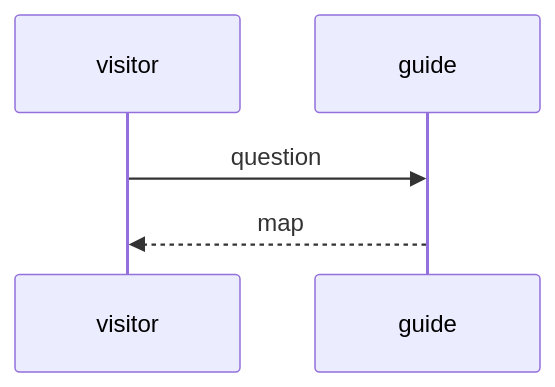
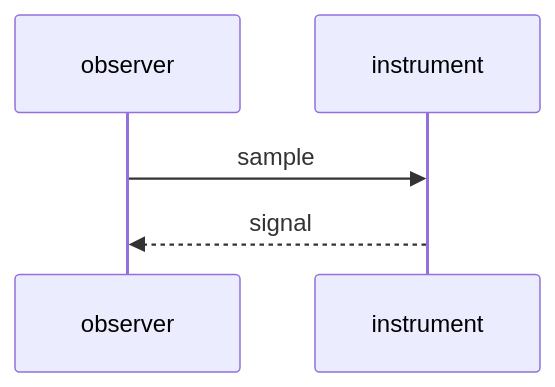
One commit to Sayhi-bzb/AsciiCanvas changed the second of 2 diagrams in .agents/skills/chardesk/references/materials.md. Above: the diagram before and after it, drawn with Mermaid. The commit also changed other lines of this file and 1 other file, not shown here.

````diff
--- a/.agents/skills/chardesk/references/materials.md
+++ b/.agents/skills/chardesk/references/materials.md
@@ -18,5 +77,5 @@
 ```mermaid
 sequenceDiagram
-  visitor->>guide: question
-  guide-->>visitor: map
+  observer->>instrument: sample
+  instrument-->>observer: signal
 ```
````
